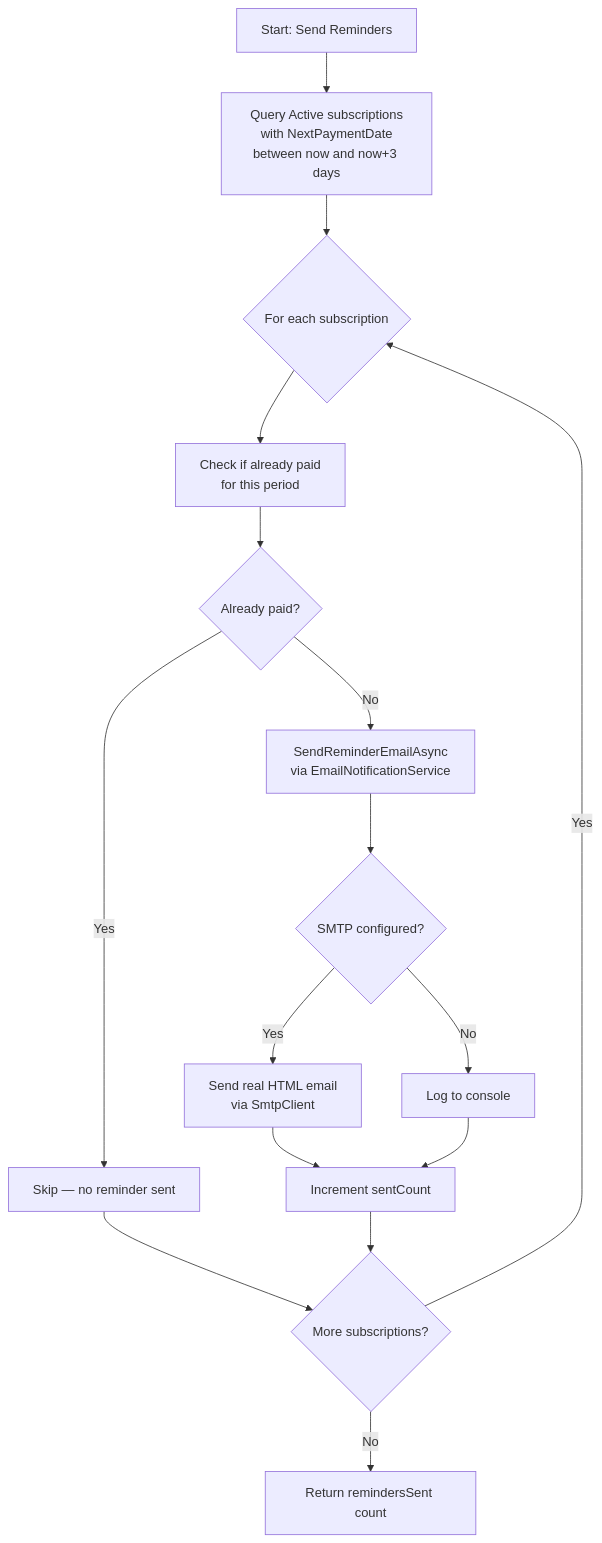
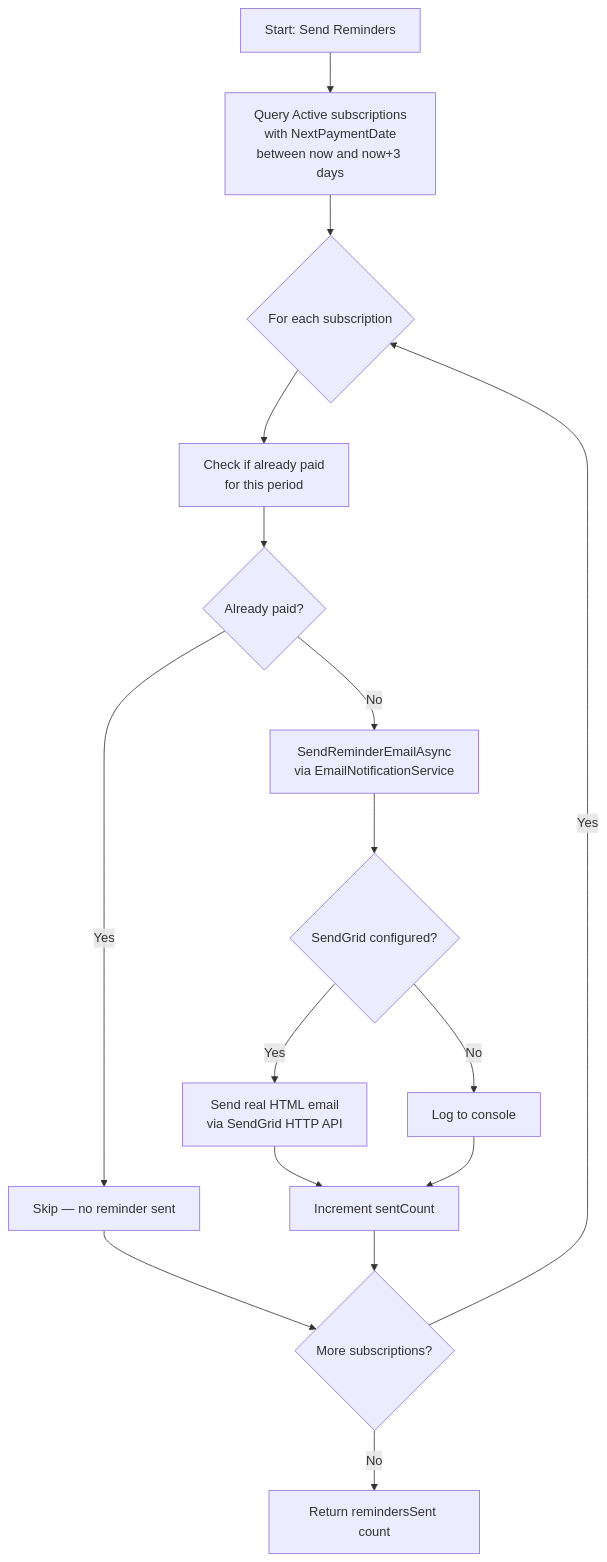
Before and after one commit to mehfes/HalalBank: the fourth of 6 diagrams in SYSTEM_DESIGN.md, drawn with Mermaid. The commit also changed other lines of this file and 3 other files, not shown here.

````diff
--- a/SYSTEM_DESIGN.md
+++ b/SYSTEM_DESIGN.md
@@ -244,18 +222,18 @@
 ```mermaid
 flowchart TD
     A[Start: Send Reminders] --> B[Query Active subscriptions<br/>with NextPaymentDate<br/>between now and now+3 days]
     B --> C{For each subscription}
     C --> D[Check if already paid<br/>for this period]
     D --> E{Already paid?}
     E -->|Yes| F[Skip — no reminder sent]
     E -->|No| G[SendReminderEmailAsync<br/>via EmailNotificationService]
-    G --> H{SMTP configured?}
-    H -->|Yes| I[Send real HTML email<br/>via SmtpClient]
+    G --> H{SendGrid configured?}
+    H -->|Yes| I[Send real HTML email<br/>via SendGrid HTTP API]
     H -->|No| J[Log to console]
     I --> K[Increment sentCount]
     J --> K
     F --> L{More subscriptions?}
     K --> L
     L -->|Yes| C
     L -->|No| M[Return remindersSent count]
 ```
````
